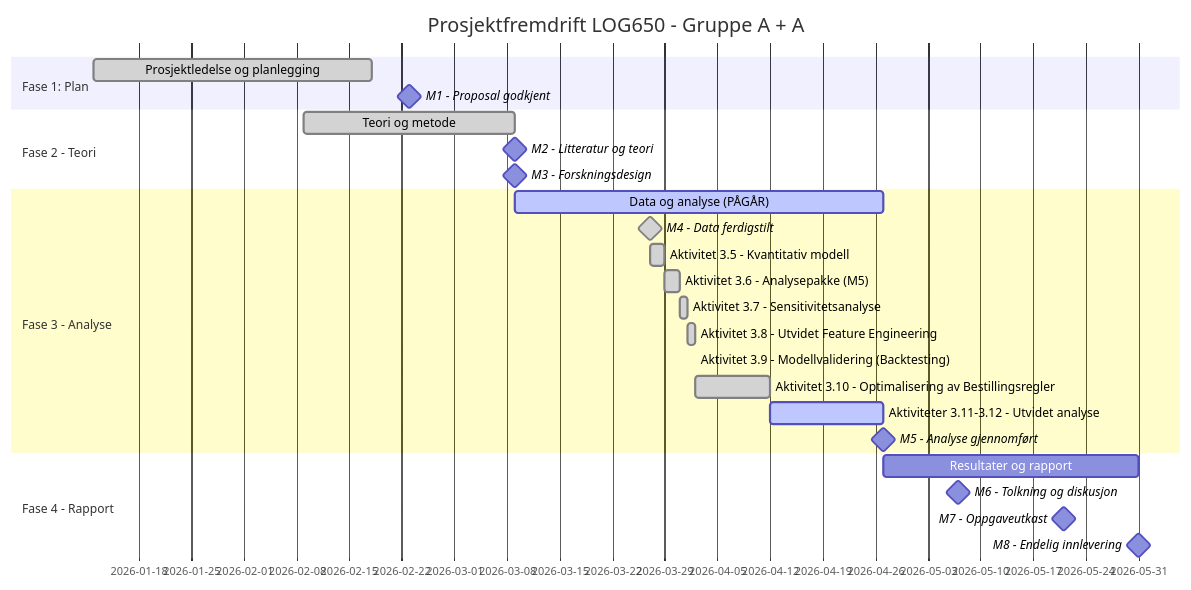
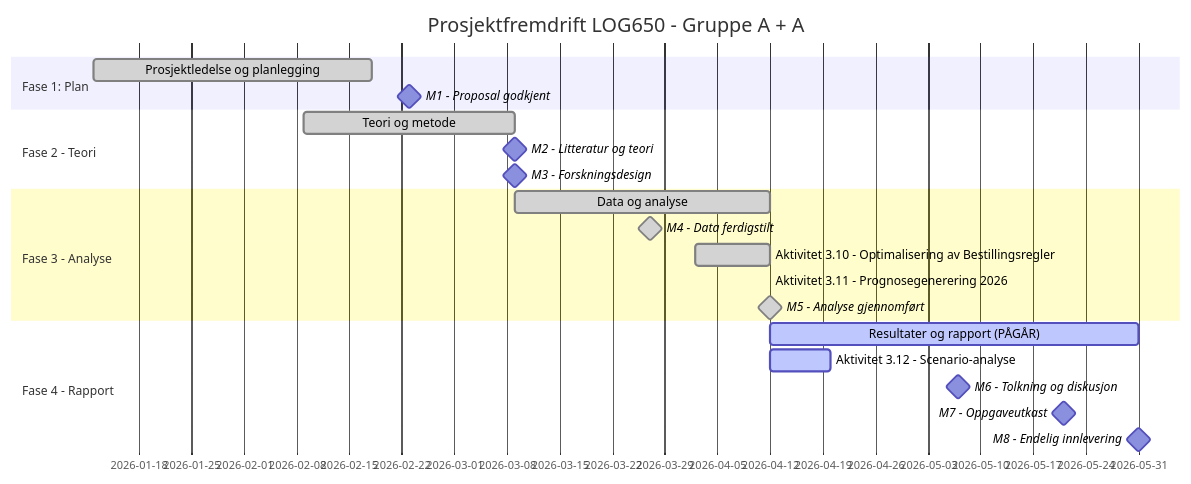
One commit to LOG650/G02-a-pluss-a changed the diagram in 012 fase 2 - plan/status.md. Above: the diagram before and after it, drawn with Mermaid. The commit also changed other lines of this file and 7 other files, not shown here.

````diff
--- a/012 fase 2 - plan/status.md
+++ b/012 fase 2 - plan/status.md
@@ -21,28 +21,24 @@
 ```mermaid
 gantt
     title Prosjektfremdrift LOG650 - Gruppe A + A
     dateFormat  YYYY-MM-DD
     section Fase 1: Plan
     Prosjektledelse og planlegging :done, 2026-01-12, 2026-02-18
     M1 - Proposal godkjent :milestone, 2026-02-23, 0d
     section Fase 2 - Teori
     Teori og metode :done, 2026-02-09, 2026-03-09
     M2 - Litteratur og teori :milestone, 2026-03-09, 0d
     M3 - Forskningsdesign :milestone, 2026-03-09, 0d
     section Fase 3 - Analyse
-    Data og analyse (PÅGÅR) :active, 2026-03-09, 2026-04-27
+    Data og analyse :done, 2026-03-09, 2026-04-12
     M4 - Data ferdigstilt :done, milestone, 2026-03-27, 0d
-    Aktivitet 3.5 - Kvantitativ modell :done, 2026-03-27, 2026-03-29
-    Aktivitet 3.6 - Analysepakke (M5) :done, 2026-03-29, 2026-03-31
-    Aktivitet 3.7 - Sensitivitetsanalyse :done, 2026-03-31, 2026-04-01
-    Aktivitet 3.8 - Utvidet Feature Engineering :done, 2026-04-01, 2026-04-02
-    Aktivitet 3.9 - Modellvalidering (Backtesting) :done, 2026-04-02, 2026-04-02
     Aktivitet 3.10 - Optimalisering av Bestillingsregler :done, 2026-04-02, 2026-04-12
-    Aktiviteter 3.11-3.12 - Utvidet analyse :active, 2026-04-12, 2026-04-27
-    M5 - Analyse gjennomført :milestone, 2026-04-27, 0d
+    Aktivitet 3.11 - Prognosegenerering 2026 :done, 2026-04-12, 2026-04-12
+    M5 - Analyse gjennomført :done, milestone, 2026-04-12, 0d
     section Fase 4 - Rapport
-    Resultater og rapport : 2026-04-27, 2026-05-31
+    Resultater og rapport (PÅGÅR) :active, 2026-04-12, 2026-05-31
+    Aktivitet 3.12 - Scenario-analyse :active, 2026-04-12, 2026-04-20
     M6 - Tolkning og diskusjon :milestone, 2026-05-07, 0d
     M7 - Oppgaveutkast :milestone, 2026-05-21, 0d
     M8 - Endelig innlevering :milestone, 2026-05-31, 0d
 ```
````
